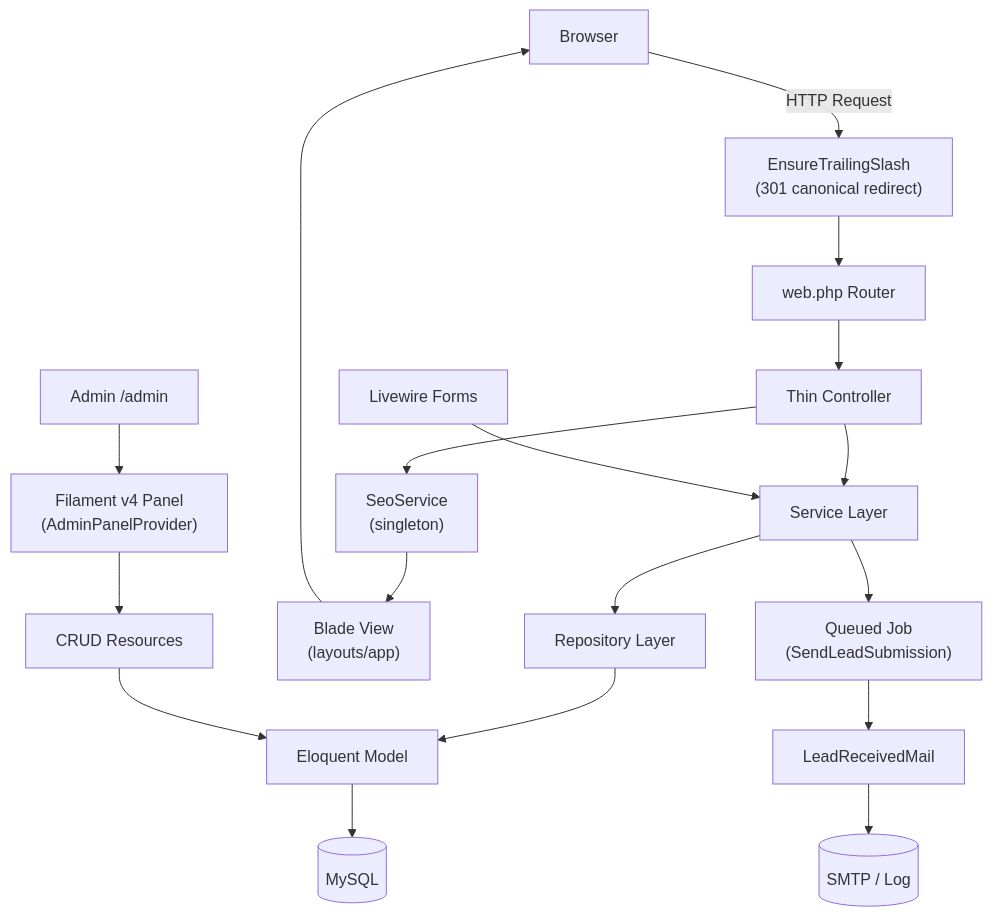
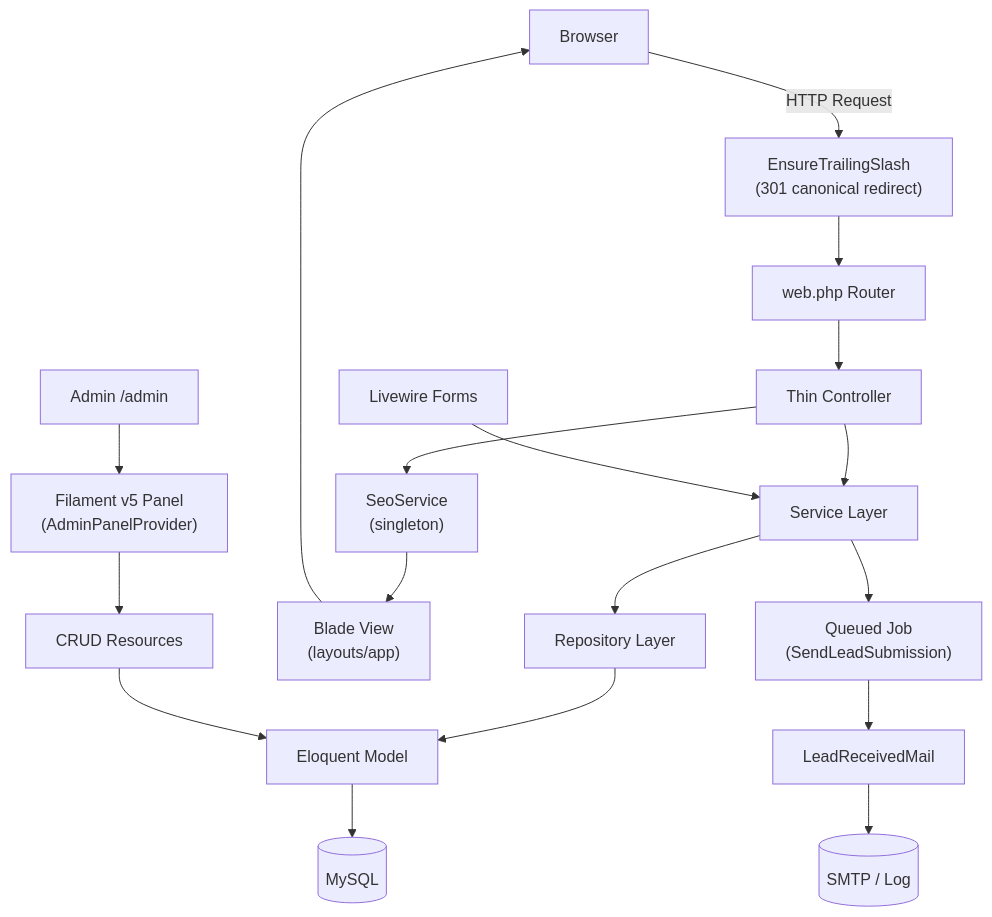
Before and after one commit to DipakXn/ibntech-laravel: the diagram in README.md, drawn with Mermaid. The commit also changed other lines of this file and 4 other files, not shown here.

````diff
--- a/README.md
+++ b/README.md
@@ -270,22 +300,22 @@
 ```mermaid
 flowchart TD
     Browser -->|HTTP Request| Middleware["EnsureTrailingSlash\n(301 canonical redirect)"]
     Middleware --> Router["web.php Router"]
     Router --> Controller["Thin Controller"]
     Controller --> Service["Service Layer"]
     Service --> Repository["Repository Layer"]
     Repository --> Model["Eloquent Model"]
     Model --> DB[(MySQL)]
     Controller --> SeoService["SeoService\n(singleton)"]
     SeoService --> View["Blade View\n(layouts/app)"]
     View --> Browser
 
-    Admin["Admin /admin"] --> Filament["Filament v4 Panel\n(AdminPanelProvider)"]
+    Admin["Admin /admin"] --> Filament["Filament v5 Panel\n(AdminPanelProvider)"]
     Filament --> Resources["CRUD Resources"]
     Resources --> Model
 
     Livewire["Livewire Forms"] --> Service
     Service --> Job["Queued Job\n(SendLeadSubmission)"]
     Job --> Mail["LeadReceivedMail"]
     Mail --> SMTP[(SMTP / Log)]
 ```
````
